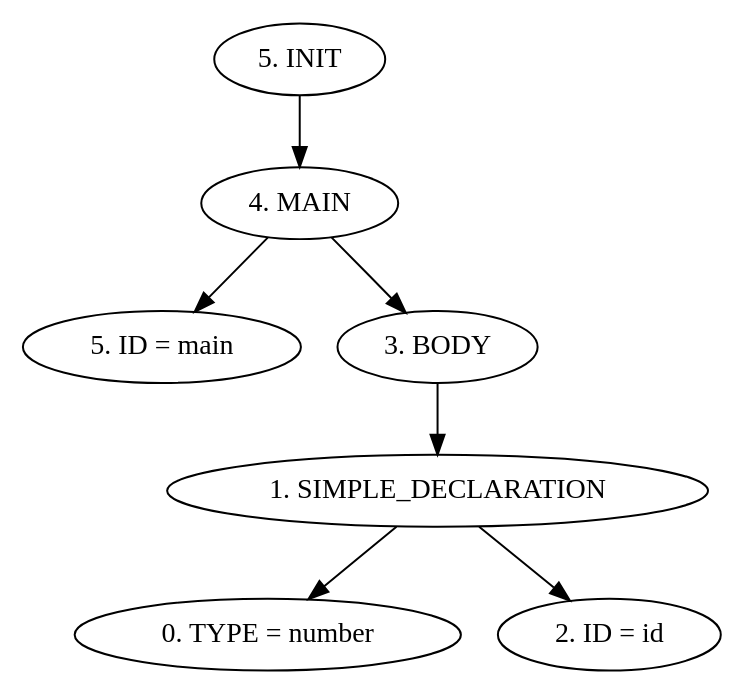
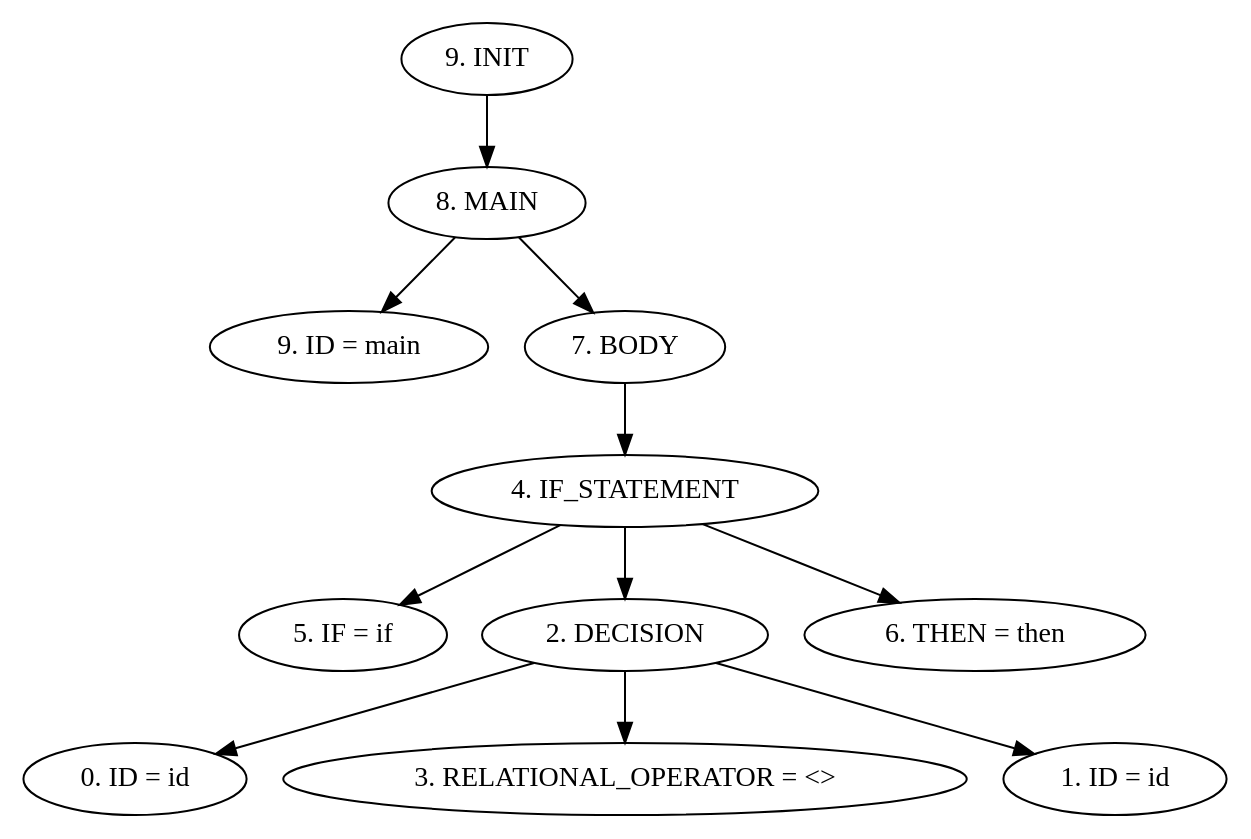
The diagram in src/AST/AST.dot (Carlosvhz/compiladores_proyecto), drawn with Graphviz before and after one commit. The commit also changed 5 other files, not shown here.

```diff
--- a/src/AST/AST.dot
+++ b/src/AST/AST.dot
@@ -1,10 +1,14 @@
 digraph G {
-"5. INIT"->"4. MAIN"
-"4. MAIN"->"5. ID = main"
-"4. MAIN"->"3. BODY"
-"3. BODY"->"1. SIMPLE_DECLARATION"
-"1. SIMPLE_DECLARATION"->"0. TYPE = number"
-"1. SIMPLE_DECLARATION"->"2. ID = id"
+"9. INIT"->"8. MAIN"
+"8. MAIN"->"9. ID = main"
+"8. MAIN"->"7. BODY"
+"7. BODY"->"4. IF_STATEMENT"
+"4. IF_STATEMENT"->"5. IF = if"
+"4. IF_STATEMENT"->"2. DECISION"
+"2. DECISION"->"0. ID = id"
+"2. DECISION"->"3. RELATIONAL_OPERATOR = <>"
+"2. DECISION"->"1. ID = id"
+"4. IF_STATEMENT"->"6. THEN = then"
 
 
 }
```
